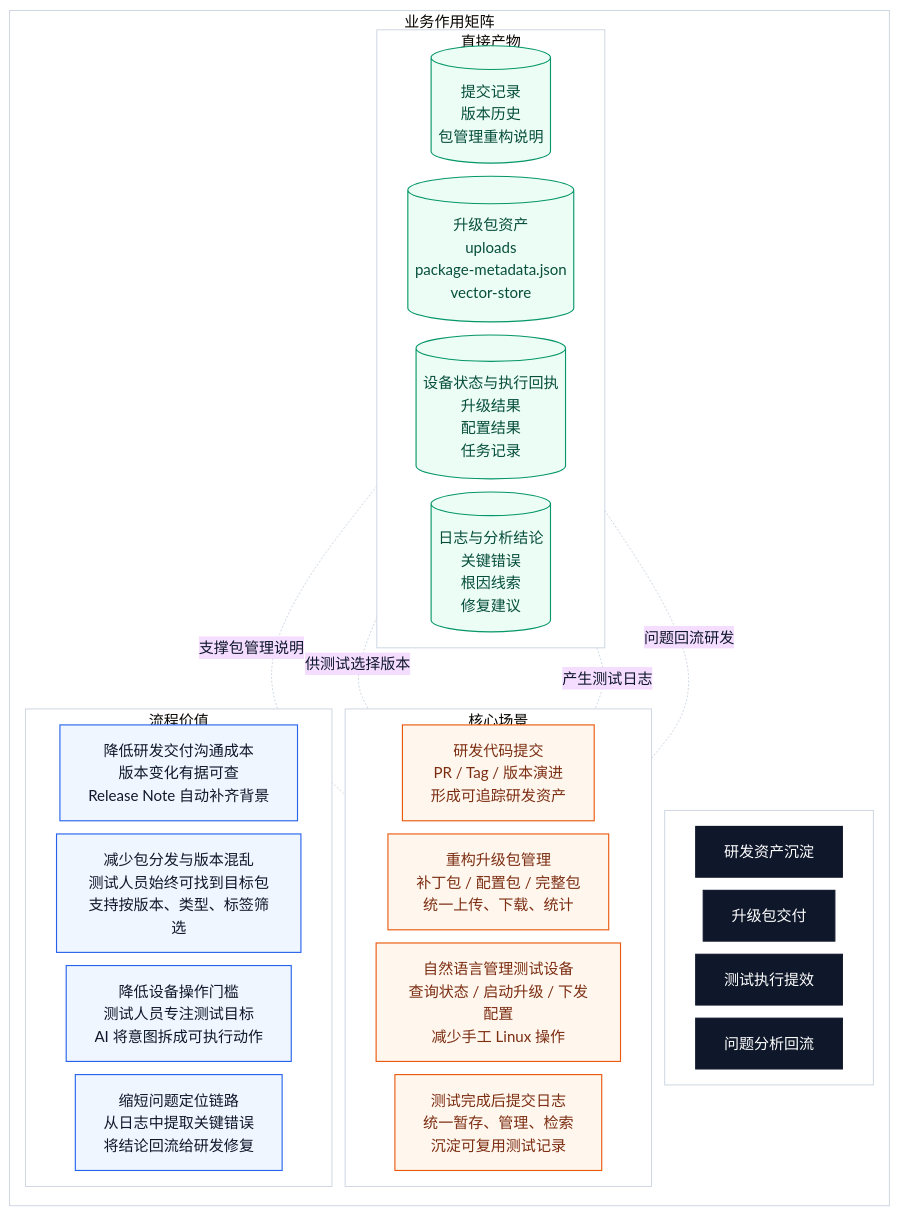
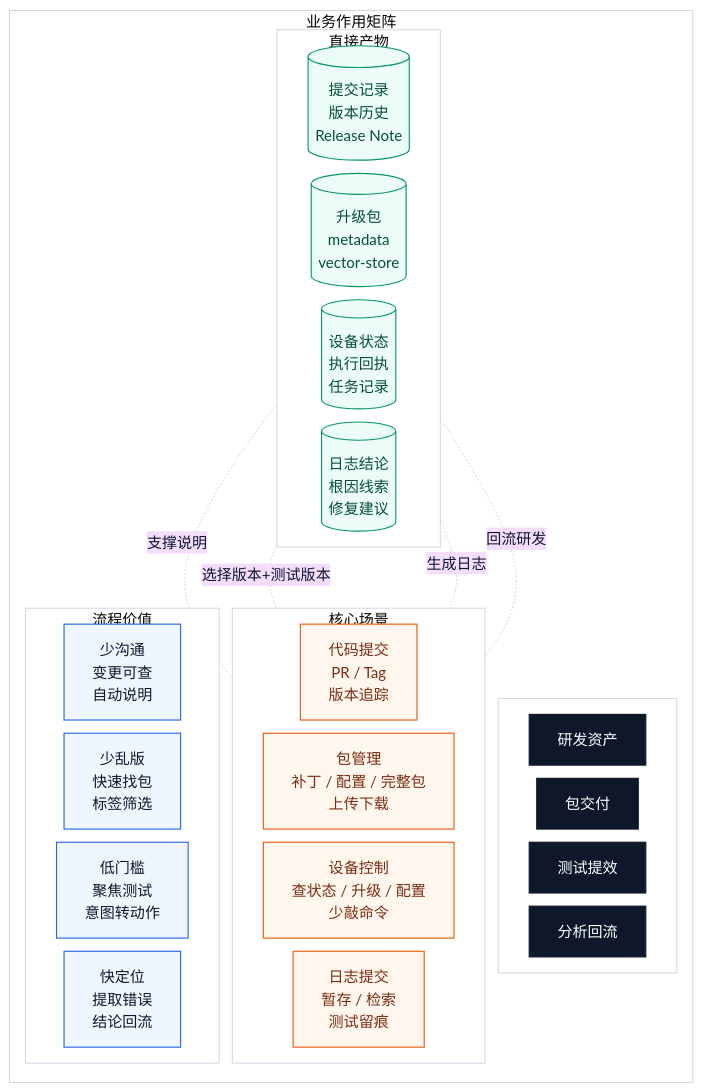
One commit to visiontrail/RavenAI changed the third of 4 diagrams in README.zh.md. Above: the diagram before and after it, drawn with Mermaid. The commit also changed other lines of this file and 1 other file, not shown here.

Commit message:
chore: refine flowchart descriptions and terminology in README files

````diff
--- a/README.zh.md
+++ b/README.zh.md
@@ -86,59 +86,59 @@
 ```mermaid
 %% 建议导出画布：1200x900 或 1600x1200，4:3
 %% 主题：RavenAI 在研发测试流程中的业务作用
 %%{init: {"theme": "base", "flowchart": {"htmlLabels": true, "nodeSpacing": 14, "rankSpacing": 16, "curve": "basis"}, "themeVariables": {"fontFamily": "Arial, Microsoft YaHei", "primaryTextColor": "#0F172A", "lineColor": "#CBD5E1", "clusterBkg": "#FFFFFF", "clusterBorder": "#CBD5E1"}}}%%
 
 flowchart TB
 
 subgraph M["业务作用矩阵"]
 direction TB
 
   subgraph H[" "]
   direction LR
-    H1["研发资产沉淀"]
-    H2["升级包交付"]
-    H3["测试执行提效"]
-    H4["问题分析回流"]
+    H1["研发资产"]
+    H2["包交付"]
+    H3["测试提效"]
+    H4["分析回流"]
   end
 
   subgraph R1["核心场景"]
   direction LR
-    A1["研发代码提交<br/>PR / Tag / 版本演进<br/>形成可追踪研发资产"]
-    A2["重构升级包管理<br/>补丁包 / 配置包 / 完整包<br/>统一上传、下载、统计"]
-    A3["自然语言管理测试设备<br/>查询状态 / 启动升级 / 下发配置<br/>减少手工 Linux 操作"]
-    A4["测试完成后提交日志<br/>统一暂存、管理、检索<br/>沉淀可复用测试记录"]
+    A1["代码提交<br/>PR / Tag<br/>版本追踪"]
+    A2["包管理<br/>补丁 / 配置 / 完整包<br/>上传下载"]
+    A3["设备控制<br/>查状态 / 升级 / 配置<br/>少敲命令"]
+    A4["日志提交<br/>暂存 / 检索<br/>测试留痕"]
   end
 
   subgraph R2["流程价值"]
   direction LR
-    B1["降低研发交付沟通成本<br/>版本变化有据可查<br/>Release Note 自动补齐背景"]
-    B2["减少包分发与版本混乱<br/>测试人员始终可找到目标包<br/>支持按版本、类型、标签筛选"]
-    B3["降低设备操作门槛<br/>测试人员专注测试目标<br/>AI 将意图拆成可执行动作"]
-    B4["缩短问题定位链路<br/>从日志中提取关键错误<br/>将结论回流给研发修复"]
+    B1["少沟通<br/>变更可查<br/>自动说明"]
+    B2["少乱版<br/>快速找包<br/>标签筛选"]
+    B3["低门槛<br/>聚焦测试<br/>意图转动作"]
+    B4["快定位<br/>提取错误<br/>结论回流"]
   end
 
   subgraph R3["直接产物"]
   direction LR
-    C1[("提交记录<br/>版本历史<br/>包管理重构说明")]
-    C2[("升级包资产<br/>uploads<br/>package-metadata.json<br/>vector-store")]
-    C3[("设备状态与执行回执<br/>升级结果<br/>配置结果<br/>任务记录")]
-    C4[("日志与分析结论<br/>关键错误<br/>根因线索<br/>修复建议")]
+    C1[("提交记录<br/>版本历史<br/>Release Note")]
+    C2[("升级包<br/>metadata<br/>vector-store")]
+    C3[("设备状态<br/>执行回执<br/>任务记录")]
+    C4[("日志结论<br/>根因线索<br/>修复建议")]
   end
 
 end
 
-C1 -. "支撑包管理说明" .- A2
-C2 -. "供测试选择版本" .- A3
-C3 -. "产生测试日志" .- A4
-C4 -. "问题回流研发" .- A1
+C1 -. "支撑说明" .- A2
+C2 -. "选择版本+测试版本" .- A3
+C3 -. "生成日志" .- A4
+C4 -. "回流研发" .- A1
 
 classDef head fill:#0F172A,stroke:#0F172A,stroke-width:1.2px,color:#FFFFFF;
 classDef scene fill:#FFF7ED,stroke:#EA580C,stroke-width:1.2px,color:#7C2D12;
 classDef value fill:#EFF6FF,stroke:#2563EB,stroke-width:1.2px,color:#0F172A;
 classDef data fill:#ECFDF5,stroke:#059669,stroke-width:1.2px,color:#064E3B;
 
 class H1,H2,H3,H4 head;
 class A1,A2,A3,A4 scene;
 class B1,B2,B3,B4 value;
 class C1,C2,C3,C4 data;
 ```
````
